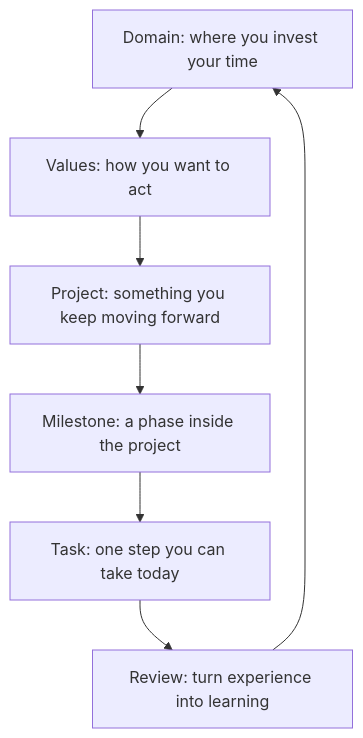
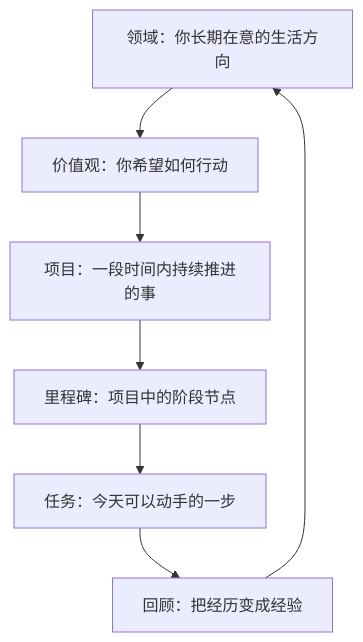
One commit to granoflow/granoflow-docs changed the diagram in manual/docs/en/value-to-action/from-domain-to-task.md. Above: the diagram before and after it, drawn with Mermaid. The commit also changed other lines of this file and 70 other files, not shown here.

````diff
--- a/manual/docs/en/value-to-action/from-domain-to-task.md
+++ b/manual/docs/en/value-to-action/from-domain-to-task.md
@@ -14,9 +23,9 @@
 ```mermaid
 graph TD
-  A[Domain: where you invest your time] --> B[Values: how you want to act]
-  B --> C[Project: something you keep moving forward]
-  C --> D[Milestone: a phase inside the project]
-  D --> E[Task: one step you can take today]
-  E --> F[Review: turn experience into learning]
+  A[领域：你长期在意的生活方向] --> B[价值观：你希望如何行动]
+  B --> C[项目：一段时间内持续推进的事]
+  C --> D[里程碑：项目中的阶段节点]
+  D --> E[任务：今天可以动手的一步]
+  E --> F[回顾：把经历变成经验]
   F --> A
 ```
````
